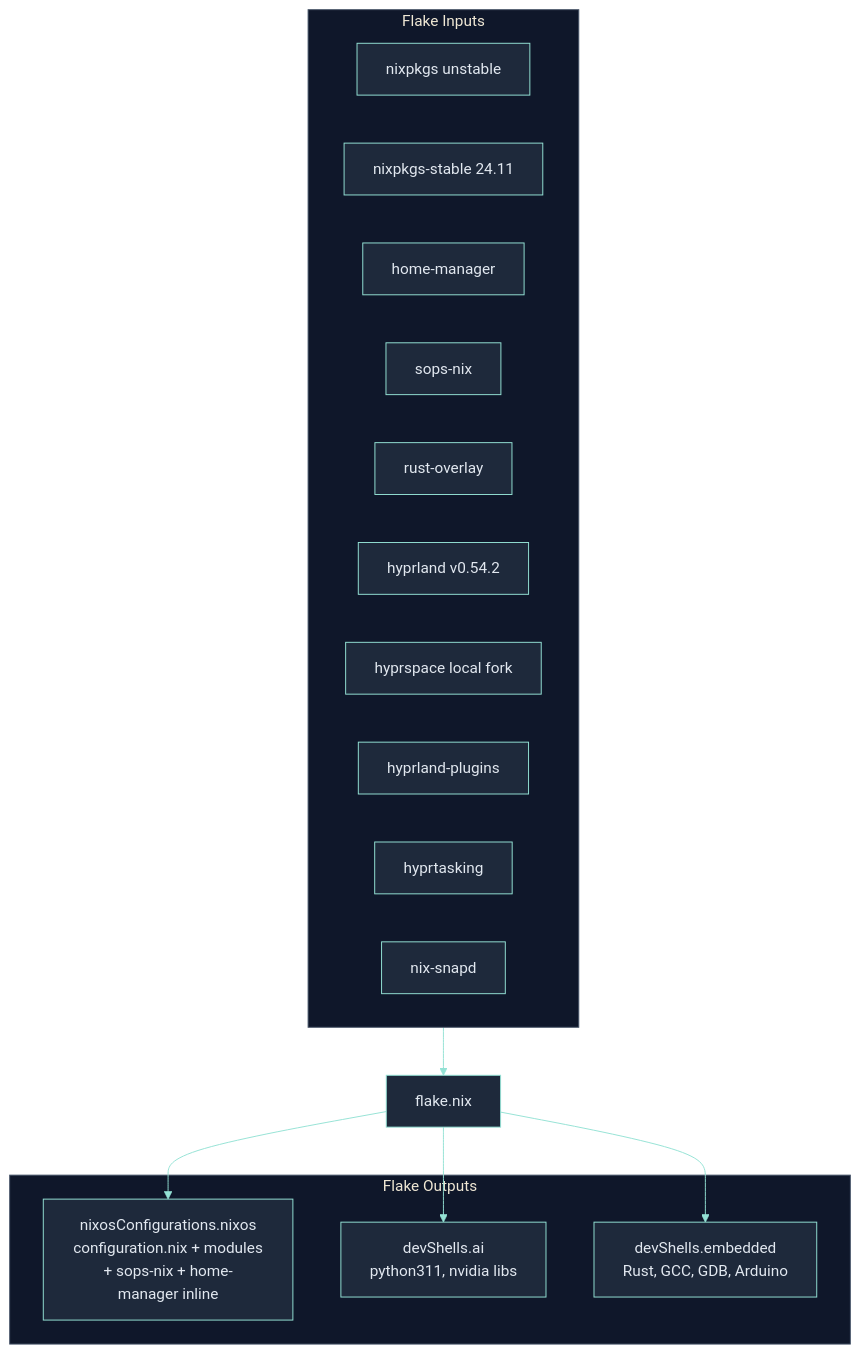
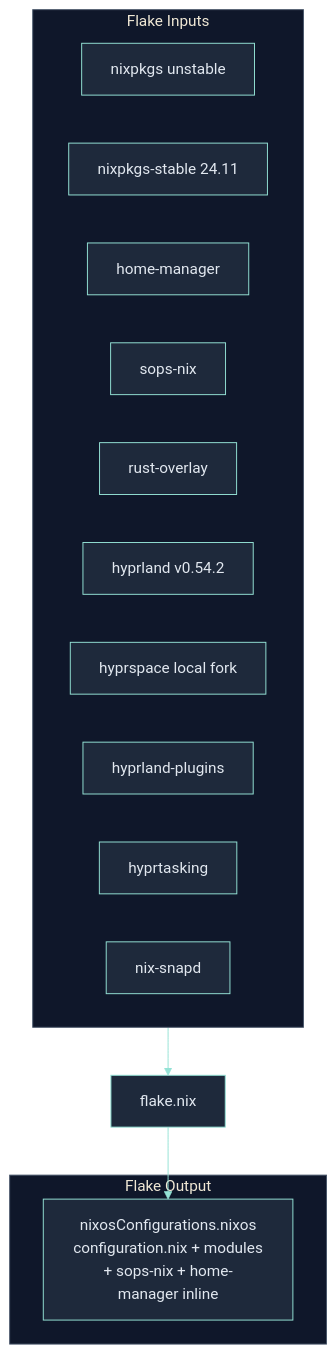
One commit to RomeoCavazza/nixos-config changed the first of 2 diagrams in docs/README.md. Above: the diagram before and after it, drawn with Mermaid. The commit also changed other lines of this file, not shown here.

First line of the commit message:
docs: rebalance annexes — more prose, fewer diagrams

````diff
--- a/docs/README.md
+++ b/docs/README.md
@@ -11,29 +11,25 @@
 ```mermaid
 %%{init: {'theme': 'base', 'themeVariables': { 'primaryColor': '#1e293b', 'secondaryColor': '#0f172a', 'tertiaryColor': '#0f172a', 'primaryBorderColor': '#94e2d5', 'lineColor': '#94e2d5', 'primaryTextColor': '#e2e8f0', 'clusterBkg': '#0f172a', 'clusterBorder': '#475569' }}}%%
 flowchart TD
   subgraph in["Flake Inputs"]
     np[nixpkgs unstable]
     nps[nixpkgs-stable 24.11]
     hm[home-manager]
     snx[sops-nix]
     ro[rust-overlay]
     hl[hyprland v0.54.2]
     hs[hyprspace local fork]
     hp[hyprland-plugins]
     ht[hyprtasking]
     sn[nix-snapd]
   end
 
   flake[flake.nix]
 
-  subgraph out["Flake Outputs"]
+  subgraph out["Flake Output"]
     sys["nixosConfigurations.nixos\nconfiguration.nix + modules\n+ sops-nix + home-manager inline"]
-    ai["devShells.ai\npython311, nvidia libs"]
-    emb["devShells.embedded\nRust, GCC, GDB, Arduino"]
   end
 
   in --> flake
   flake --> sys
-  flake --> ai
-  flake --> emb
 ```
````
